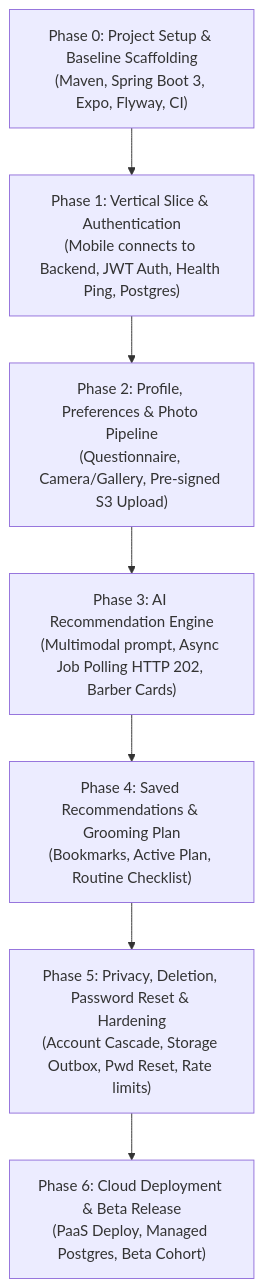
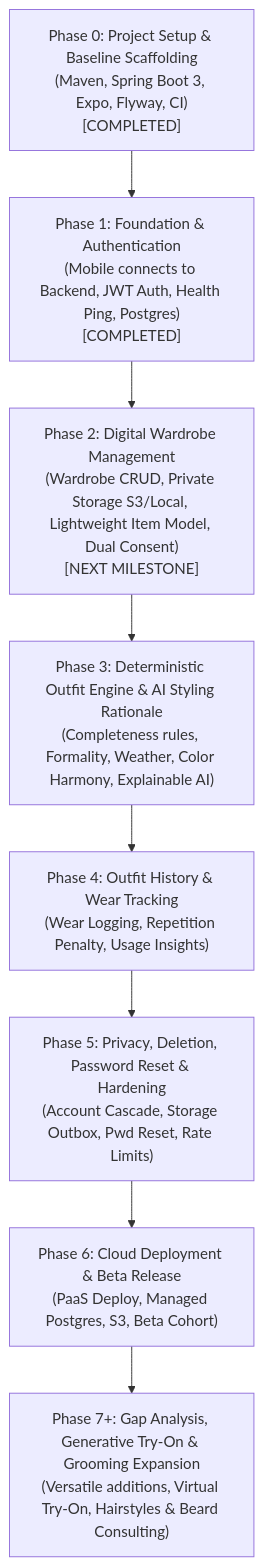
The diagram in docs/ROADMAP.md (ShaileshKumar007/GroomAi), drawn with Mermaid before and after one commit. The commit also changed other lines of this file and 8 other files, not shown here.

````diff
--- a/docs/ROADMAP.md
+++ b/docs/ROADMAP.md
@@ -14,17 +14,19 @@
 ```mermaid
 graph TD
-    Phase0["Phase 0: Project Setup & Baseline Scaffolding\n(Maven, Spring Boot 3, Expo, Flyway, CI)"]
-    Phase1["Phase 1: Vertical Slice & Authentication\n(Mobile connects to Backend, JWT Auth, Health Ping, Postgres)"]
-    Phase2["Phase 2: Profile, Preferences & Photo Pipeline\n(Questionnaire, Camera/Gallery, Pre-signed S3 Upload)"]
-    Phase3["Phase 3: AI Recommendation Engine\n(Multimodal prompt, Async Job Polling HTTP 202, Barber Cards)"]
-    Phase4["Phase 4: Saved Recommendations & Grooming Plan\n(Bookmarks, Active Plan, Routine Checklist)"]
-    Phase5["Phase 5: Privacy, Deletion, Password Reset & Hardening\n(Account Cascade, Storage Outbox, Pwd Reset, Rate limits)"]
-    Phase6["Phase 6: Cloud Deployment & Beta Release\n(PaaS Deploy, Managed Postgres, Beta Cohort)"]
+    Phase0["Phase 0: Project Setup & Baseline Scaffolding\n(Maven, Spring Boot 3, Expo, Flyway, CI)\n[COMPLETED]"]
+    Phase1["Phase 1: Foundation & Authentication\n(Mobile connects to Backend, JWT Auth, Health Ping, Postgres)\n[COMPLETED]"]
+    Phase2["Phase 2: Digital Wardrobe Management\n(Wardrobe CRUD, Private Storage S3/Local, Lightweight Item Model, Dual Consent)\n[NEXT MILESTONE]"]
+    Phase3["Phase 3: Deterministic Outfit Engine & AI Styling Rationale\n(Completeness rules, Formality, Weather, Color Harmony, Explainable AI)"]
+    Phase4["Phase 4: Outfit History & Wear Tracking\n(Wear Logging, Repetition Penalty, Usage Insights)"]
+    Phase5["Phase 5: Privacy, Deletion, Password Reset & Hardening\n(Account Cascade, Storage Outbox, Pwd Reset, Rate Limits)"]
+    Phase6["Phase 6: Cloud Deployment & Beta Release\n(PaaS Deploy, Managed Postgres, S3, Beta Cohort)"]
+    Phase7["Phase 7+: Gap Analysis, Generative Try-On & Grooming Expansion\n(Versatile additions, Virtual Try-On, Hairstyles & Beard Consulting)"]
 
     Phase0 --> Phase1
     Phase1 --> Phase2
     Phase2 --> Phase3
     Phase3 --> Phase4
     Phase4 --> Phase5
     Phase5 --> Phase6
+    Phase6 --> Phase7
 ```
````
